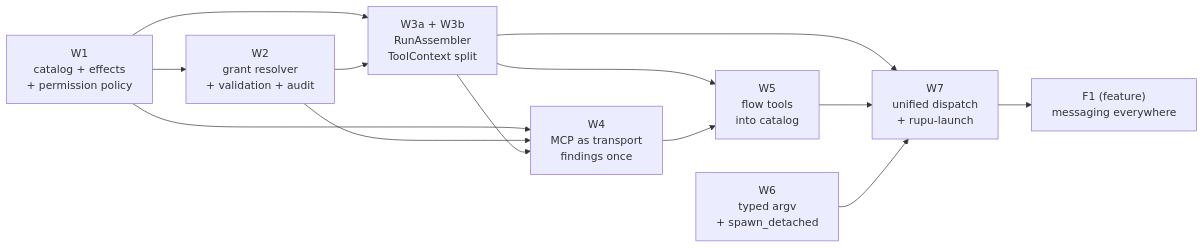
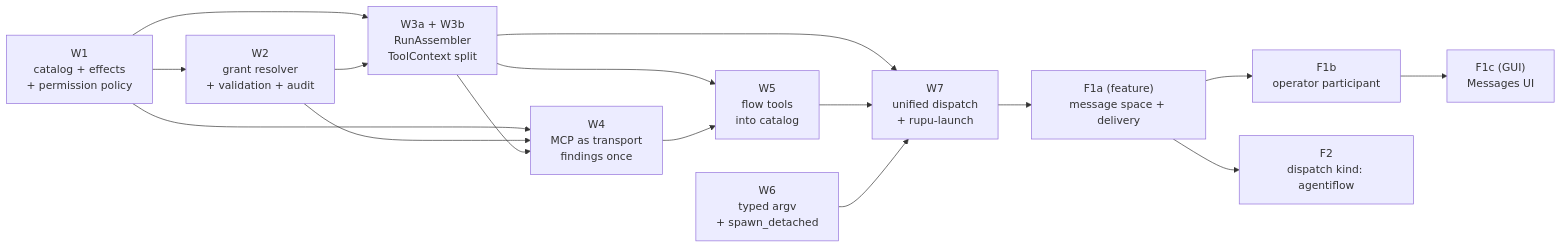
One commit to Section9Labs/rupu changed the fifth of 5 diagrams in docs/superpowers/specs/2026-10-07-rupu-tool-and-launch-architecture/00-index.md. Above: the diagram before and after it, drawn with Mermaid. The commit also changed other lines of this file and 5 other files, not shown here.

First line of the commit message:
docs(spec): feature specs F1a/F1b/F1c (messaging everywhere) + F2 (dispatch kind agentiflow)

````diff
--- a/docs/superpowers/specs/2026-10-07-rupu-tool-and-launch-architecture/00-index.md
+++ b/docs/superpowers/specs/2026-10-07-rupu-tool-and-launch-architecture/00-index.md
@@ -307,16 +311,19 @@
 ```mermaid
 flowchart LR
   W1["W1<br/>catalog + effects<br/>+ permission policy"] --> W2["W2<br/>grant resolver<br/>+ validation + audit"]
   W1 --> W4["W4<br/>MCP as transport<br/>findings once"]
   W2 --> W4
   W3 --> W4
   W6["W6<br/>typed argv<br/>+ spawn_detached"]
   W1 --> W3["W3a + W3b<br/>RunAssembler<br/>ToolContext split"]
   W2 --> W3
   W3 --> W5["W5<br/>flow tools<br/>into catalog"]
   W4 --> W5
   W3 --> W7["W7<br/>unified dispatch<br/>+ rupu-launch"]
   W5 --> W7
   W6 --> W7
-  W7 --> F1["F1 (feature)<br/>messaging everywhere"]
+  W7 --> F1a["F1a (feature)<br/>message space + delivery"]
+  F1a --> F1b["F1b<br/>operator participant"]
+  F1b --> F1c["F1c (GUI)<br/>Messages UI"]
+  F1a --> F2["F2<br/>dispatch kind: agentiflow"]
 ```
````
